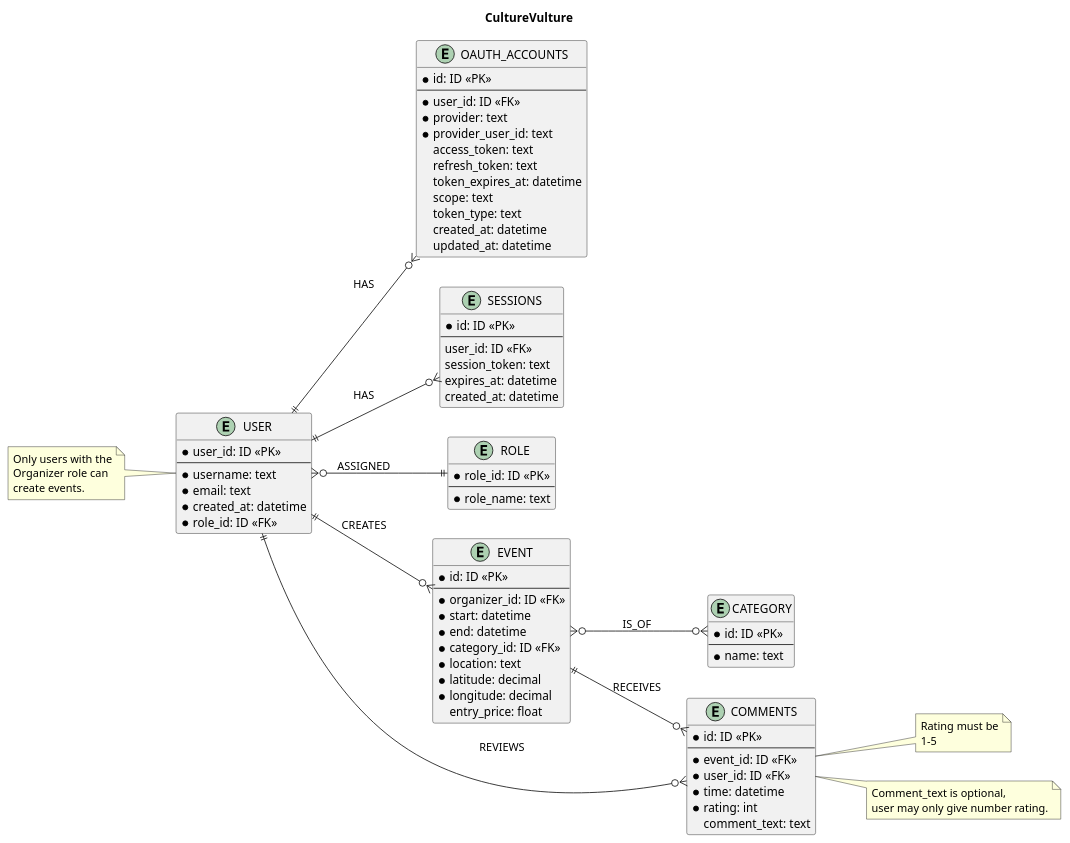
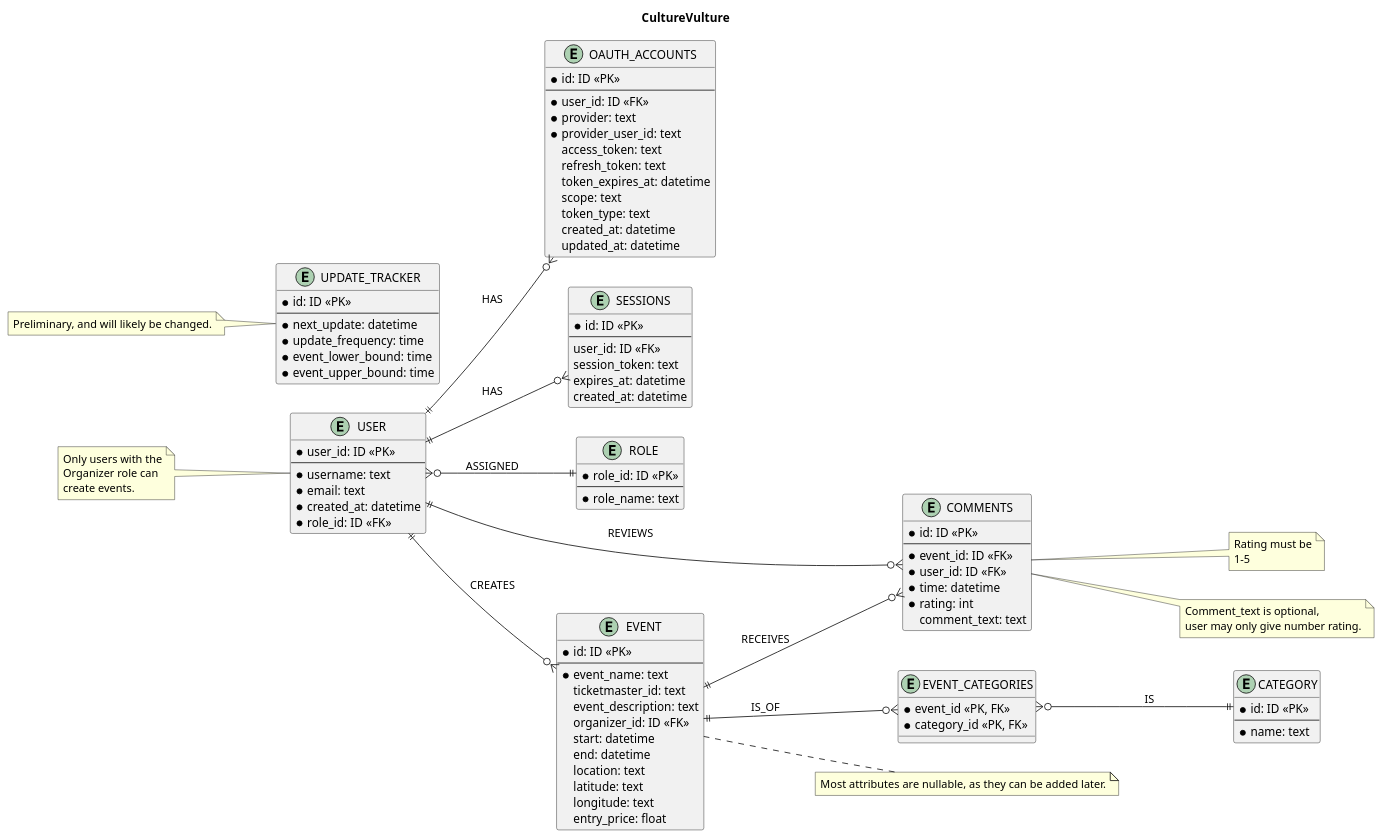
Before and after one commit to CultureVultureFer/culture-vulture: the diagram in docs/puml/4-2-culturevulture-data-ERD.puml, drawn with PlantUML. The commit also changed other lines of this file and 1 other file, not shown here.

Commit message:
Fix ER diagram issue #44

```diff
--- a/docs/puml/4-2-culturevulture-data-ERD.puml
+++ b/docs/puml/4-2-culturevulture-data-ERD.puml
@@ -5,100 +6,124 @@
 @startuml
 title CultureVulture
 left to right direction
 
 
 entity "USER" as user {
    * user_id: ID <<PK>>
    --
    * username: text
    * email: text
    * created_at: datetime
    * role_id: ID <<FK>>
 }
 
 entity "OAUTH_ACCOUNTS" as oauth_accounts {
    * id: ID <<PK>>
    --
    * user_id: ID <<FK>>
    * provider: text
    * provider_user_id: text
    access_token: text
    refresh_token: text
    token_expires_at: datetime
    scope: text
    token_type: text
    created_at: datetime
    updated_at: datetime
 }
 
 entity "SESSIONS" as sessions {
    *id: ID <<PK>>
    --
    user_id: ID <<FK>>
    session_token: text
    expires_at: datetime
    created_at: datetime
 }
 
 entity "ROLE" as role {
    *role_id: ID <<PK>>
    --
    *role_name: text
 }
 
+entity "UPDATE_TRACKER" as update_tracker {
+   *id: ID <<PK>>
+   --
+   *next_update: datetime
+   *update_frequency: time
+   *event_lower_bound: time
+   *event_upper_bound: time
+}
+
 entity "EVENT" as event {
    *id: ID <<PK>>
    --
-   *organizer_id: ID <<FK>>
-   *start: datetime
-   *end: datetime
-   *category_id: ID <<FK>>
-   *location: text
-   *latitude: decimal
-   *longitude: decimal
+   *event_name: text
+   ticketmaster_id: text
+   event_description: text
+   organizer_id: ID <<FK>>
+   start: datetime
+   end: datetime
+   location: text
+   latitude: text
+   longitude: text
    entry_price: float
 }
 
 entity "COMMENTS" as comments {
    *id: ID <<PK>>
    --
    *event_id: ID <<FK>>
    *user_id: ID <<FK>>
    *time: datetime
    *rating: int
    comment_text: text
 }
 
 entity "CATEGORY" as category {
    *id: ID <<PK>>
    --
    *name: text
 }
 
+entity "EVENT_CATEGORIES" as event_categories {
+   *event_id <<PK, FK>>
+   *category_id <<PK, FK>>
+}
+
 user ||--o{ oauth_accounts : HAS
 user ||--o{ sessions: HAS
 user }o--|| role: ASSIGNED
 user ||--o{ event: CREATES
 user ||--o{ comments: REVIEWS
 event ||--o{ comments: RECEIVES
-event }o--o{ category: IS_OF
+event ||--o{ event_categories: IS_OF
+event_categories }o--|| category: IS
 
 
 note left of user
   Only users with the
   Organizer role can
   create events.
 end note
 
 note right of comments
   Rating must be
   1-5
 end note
 
+note right of event
+  Most attributes are nullable, as they can be added later.
+end note
+
 note right of comments
    Comment_text is optional,
    user may only give number rating.
 end note
 
+note left of update_tracker
+  Preliminary, and will likely be changed.
+end note
 
 @enduml
```
